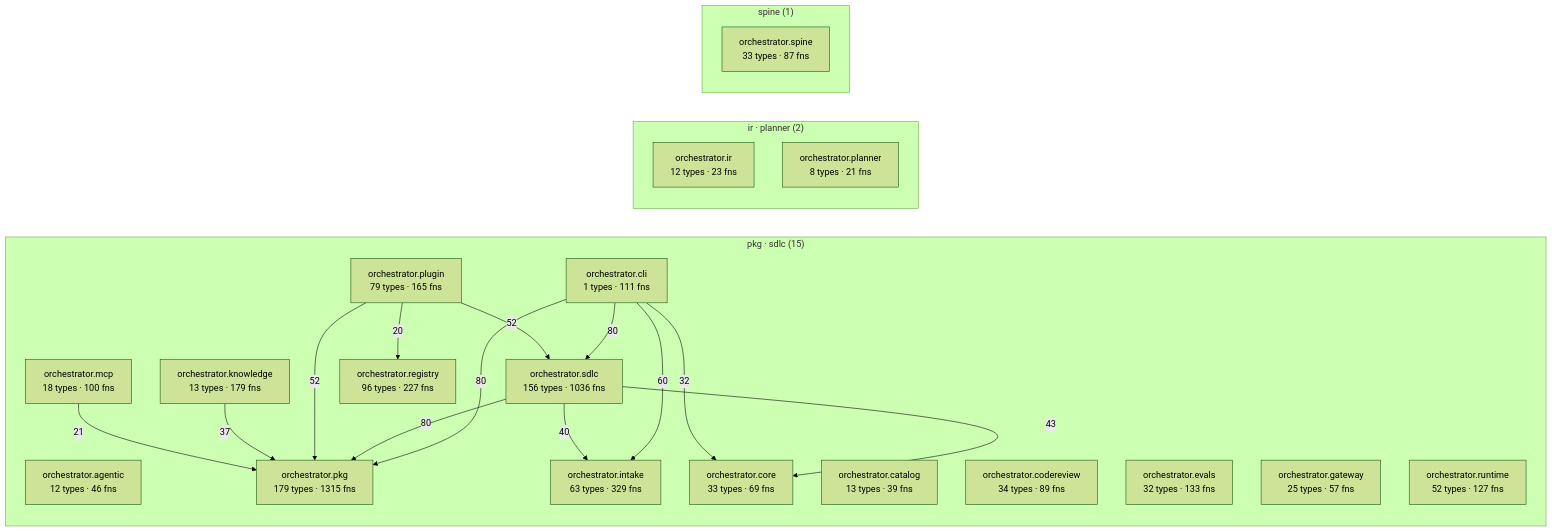
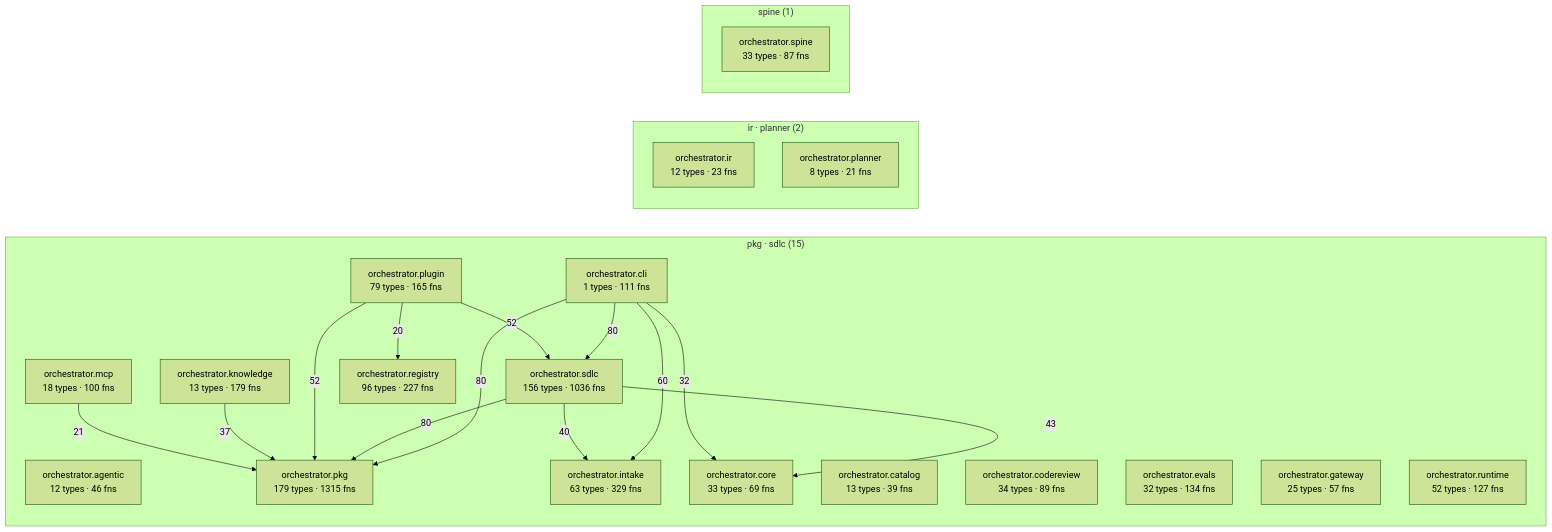
The diagram in episteme/architecture.md (synaptixs/spine), drawn with Mermaid (forest theme) before and after one commit. The commit also changed other lines of this file and 5 other files, not shown here.

````diff
--- a/episteme/architecture.md
+++ b/episteme/architecture.md
@@ -56,39 +56,39 @@
 ```mermaid
 flowchart LR
   subgraph c_2["pkg · sdlc (15)"]
     aorchestratoragentic["orchestrator.agentic<br/>12 types · 46 fns"]
     aorchestratorcatalog["orchestrator.catalog<br/>13 types · 39 fns"]
     aorchestratorcli["orchestrator.cli<br/>1 types · 111 fns"]
     aorchestratorcodereview["orchestrator.codereview<br/>34 types · 89 fns"]
     aorchestratorcore["orchestrator.core<br/>33 types · 69 fns"]
-    aorchestratorevals["orchestrator.evals<br/>32 types · 133 fns"]
+    aorchestratorevals["orchestrator.evals<br/>32 types · 134 fns"]
     aorchestratorgateway["orchestrator.gateway<br/>25 types · 57 fns"]
     aorchestratorintake["orchestrator.intake<br/>63 types · 329 fns"]
     aorchestratorknowledge["orchestrator.knowledge<br/>13 types · 179 fns"]
     aorchestratormcp["orchestrator.mcp<br/>18 types · 100 fns"]
     aorchestratorpkg["orchestrator.pkg<br/>179 types · 1315 fns"]
     aorchestratorplugin["orchestrator.plugin<br/>79 types · 165 fns"]
     aorchestratorregistry["orchestrator.registry<br/>96 types · 227 fns"]
     aorchestratorruntime["orchestrator.runtime<br/>52 types · 127 fns"]
     aorchestratorsdlc["orchestrator.sdlc<br/>156 types · 1036 fns"]
   end
   subgraph c_5["ir · planner (2)"]
     aorchestratorir["orchestrator.ir<br/>12 types · 23 fns"]
     aorchestratorplanner["orchestrator.planner<br/>8 types · 21 fns"]
   end
   subgraph c_10["spine (1)"]
     aorchestratorspine["orchestrator.spine<br/>33 types · 87 fns"]
   end
   aorchestratorcli -->|80| aorchestratorpkg
   aorchestratorcli -->|80| aorchestratorsdlc
   aorchestratorsdlc -->|80| aorchestratorpkg
   aorchestratorcli -->|60| aorchestratorintake
   aorchestratorplugin -->|52| aorchestratorpkg
   aorchestratorplugin -->|52| aorchestratorsdlc
   aorchestratorsdlc -->|43| aorchestratorcore
   aorchestratorsdlc -->|40| aorchestratorintake
   aorchestratorknowledge -->|37| aorchestratorpkg
   aorchestratorcli -->|32| aorchestratorcore
   aorchestratormcp -->|21| aorchestratorpkg
   aorchestratorplugin -->|20| aorchestratorregistry
 ```
````
